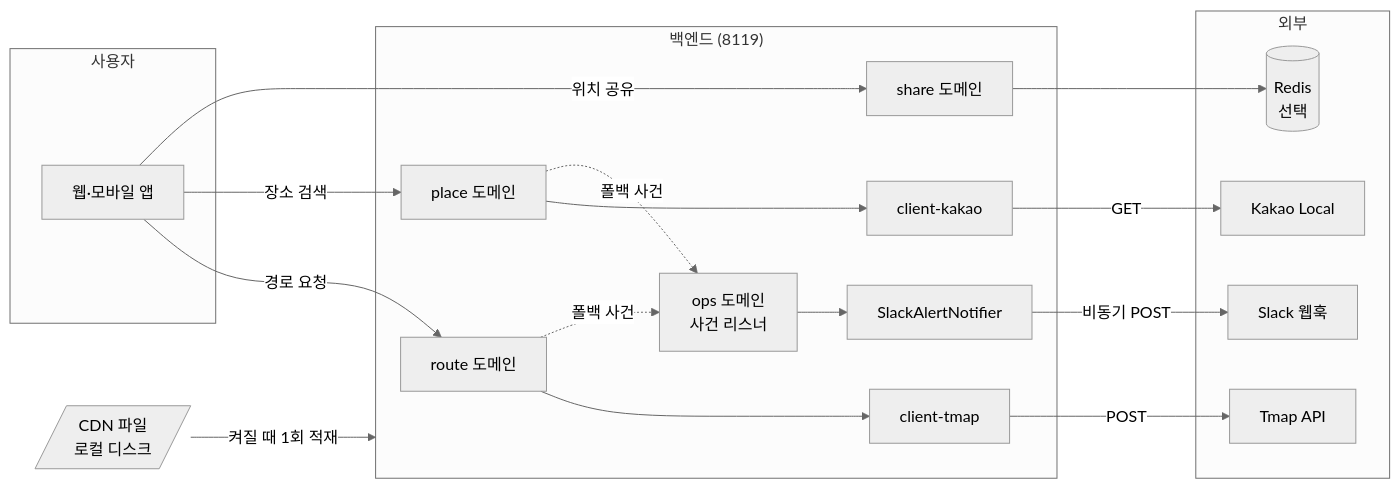
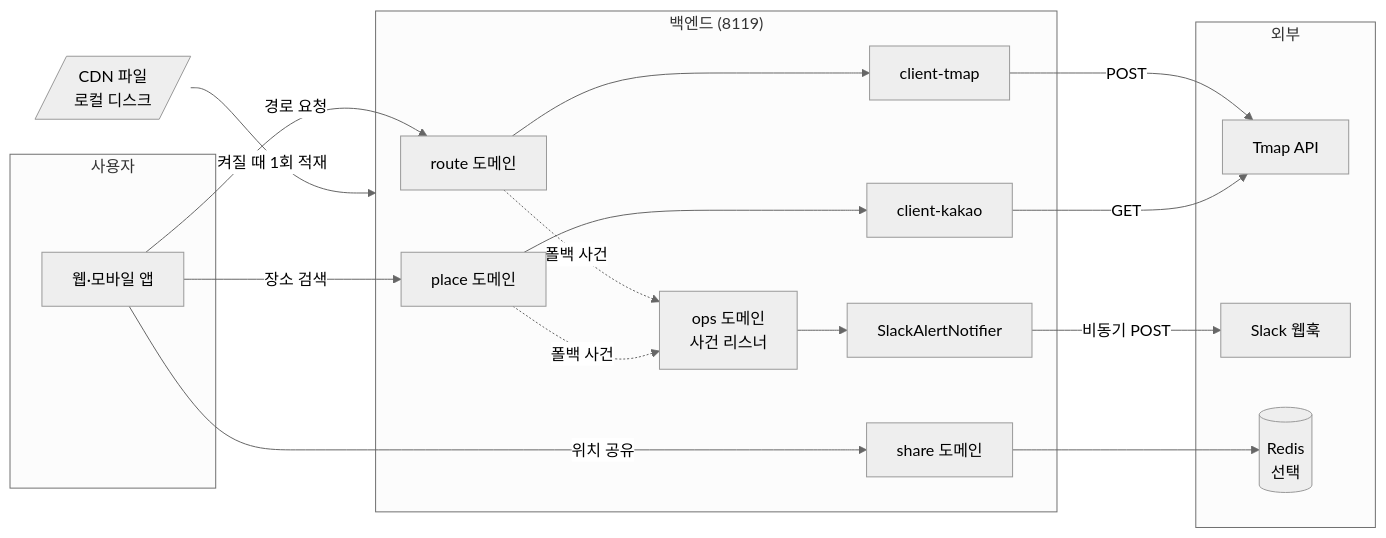
The first of 3 diagrams in docs/EXTERNAL_SERVICES.md (soo-ai-agent/bueongi-backend), drawn with Mermaid (neutral theme) before and after one commit. The commit also changed other lines of this file and 2 other files, not shown here.

First line of the commit message:
chore: 백엔드에서 Kakao REST 키의 흔적을 걷어낸다

````diff
--- a/docs/EXTERNAL_SERVICES.md
+++ b/docs/EXTERNAL_SERVICES.md
@@ -23,30 +23,29 @@
 ```mermaid
 flowchart LR
     subgraph 사용자
         FE[웹·모바일 앱]
     end
     subgraph 백엔드["백엔드 (8119)"]
         RC[route 도메인]
         PC[place 도메인]
         SH[share 도메인]
         OPS[ops 도메인<br/>사건 리스너]
         TM[client-tmap]
         KK[client-kakao]
         SN[SlackAlertNotifier]
     end
     subgraph 외부
         TMAP[Tmap API]
-        KAKAO[Kakao Local]
         SLACK[Slack 웹훅]
         REDIS[(Redis<br/>선택)]
     end
     CDN[/CDN 파일<br/>로컬 디스크/]
 
     FE -->|경로 요청| RC --> TM -->|POST| TMAP
-    FE -->|장소 검색| PC --> KK -->|GET| KAKAO
+    FE -->|장소 검색| PC --> KK -->|GET| TMAP
     FE -->|위치 공유| SH --> REDIS
     RC -. 폴백 사건 .-> OPS
     PC -. 폴백 사건 .-> OPS
     OPS --> SN -->|비동기 POST| SLACK
     CDN -->|켜질 때 1회 적재| 백엔드
 ```
````
